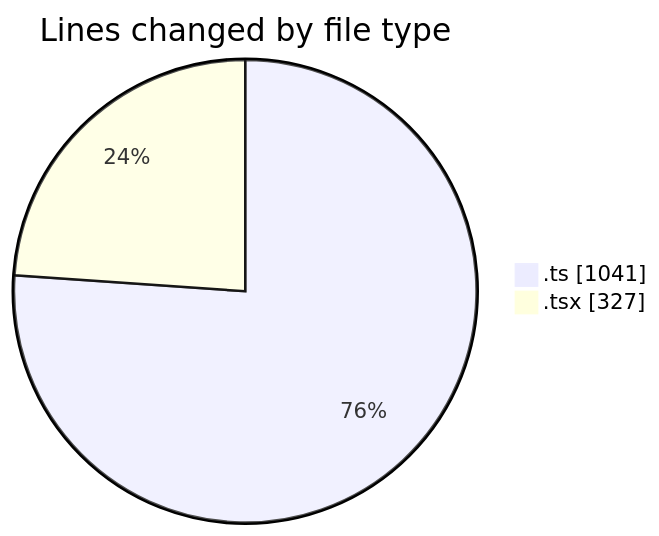
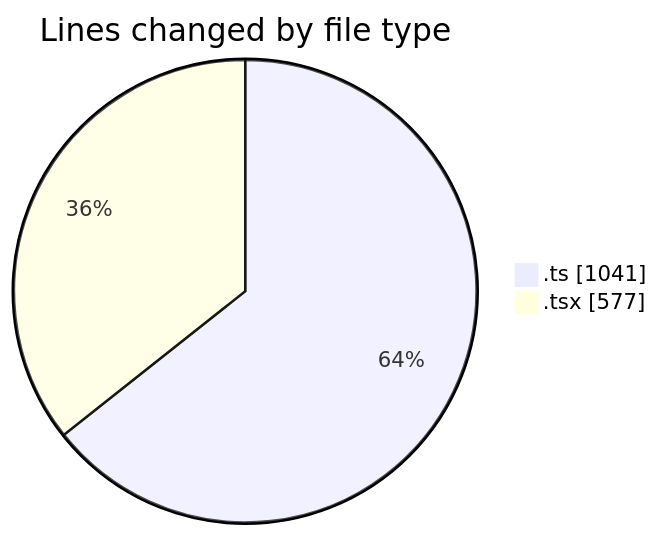
Before and after one commit to momahboobian/code-tracking: the first of 2 diagrams in 2025-09-02/cda/README.md, drawn with Mermaid. The commit also changed other lines of this file and 1 other file, not shown here.

````diff
--- a/2025-09-02/cda/README.md
+++ b/2025-09-02/cda/README.md
@@ -28,6 +28,6 @@
 ```mermaid
 pie showData
 title Lines changed by file type
 ".ts" : 1041
-".tsx" : 327
+".tsx" : 577
 ```
````
